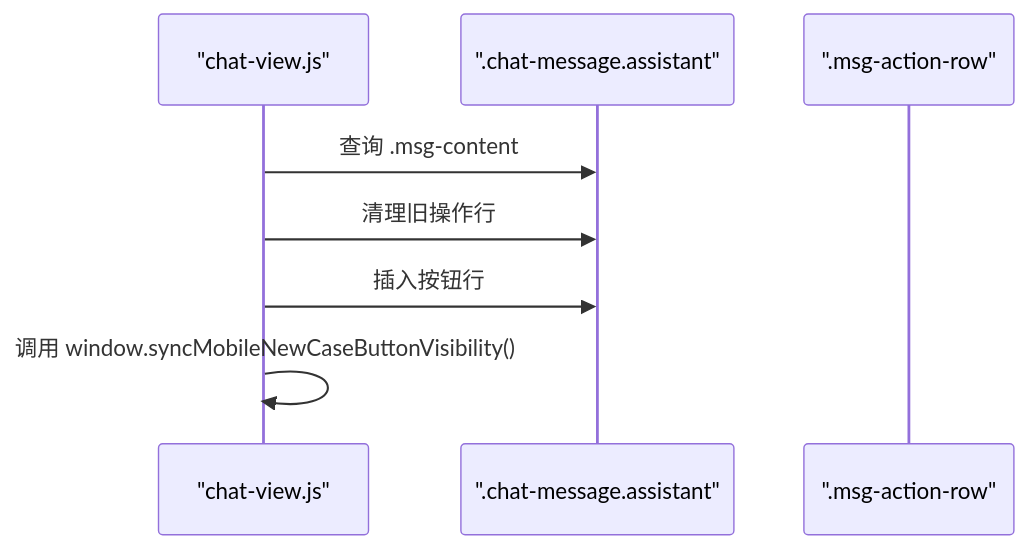
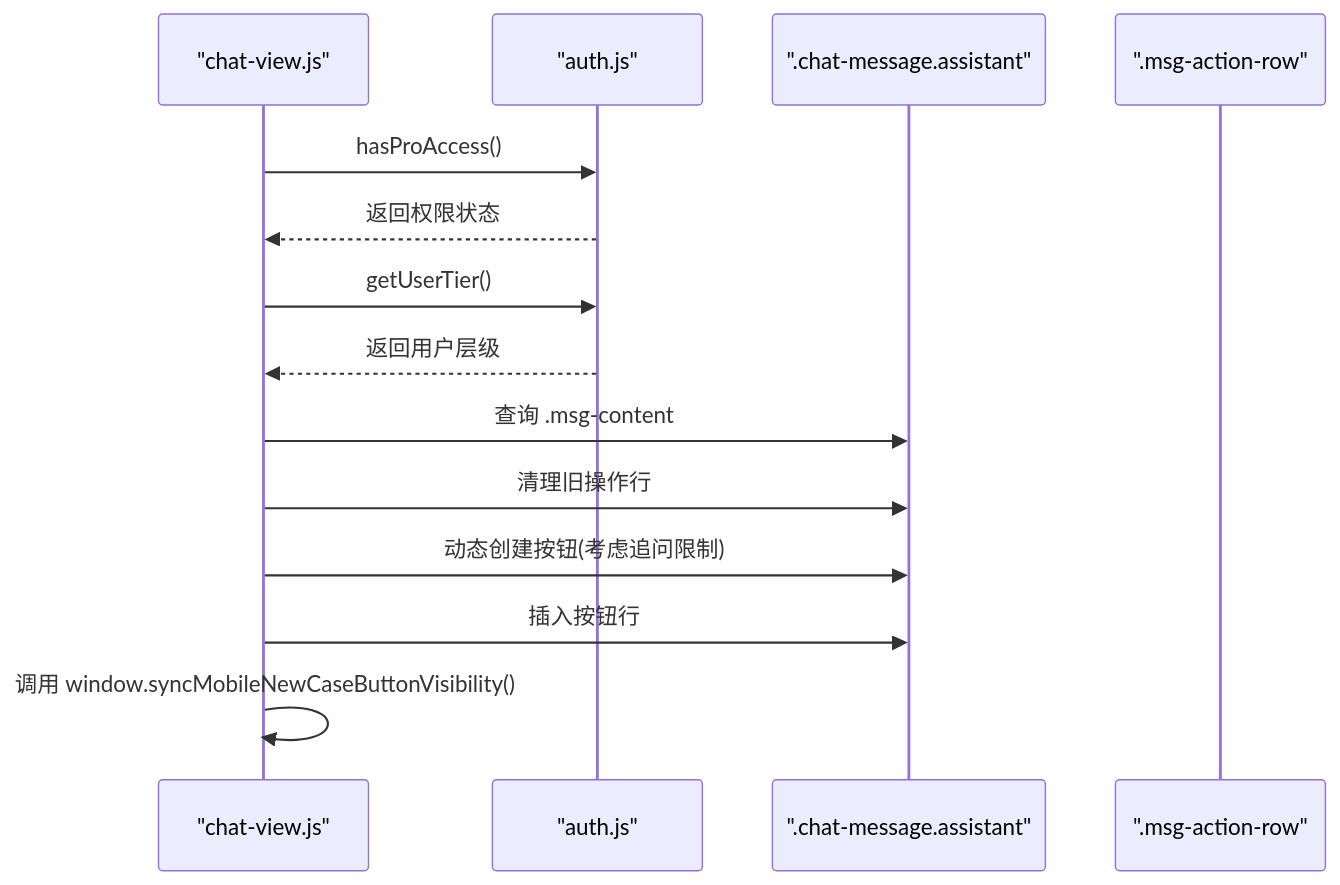
One commit to ghg618-ui/meihuayili-3.8 changed the ninth of 12 diagrams in .qoder/repowiki/zh/content/用户界面/聊天界面.md. Above: the diagram before and after it, drawn with Mermaid. The commit also changed other lines of this file and 6 other files, not shown here.

````diff
--- a/.qoder/repowiki/zh/content/用户界面/聊天界面.md
+++ b/.qoder/repowiki/zh/content/用户界面/聊天界面.md
@@ -211,10 +348,16 @@
 ```mermaid
 sequenceDiagram
 participant 视图 as "chat-view.js"
+participant 权限 as "auth.js"
 participant 助手消息 as ".chat-message.assistant"
 participant 按钮行 as ".msg-action-row"
+视图->>权限 : hasProAccess()
+权限-->>视图 : 返回权限状态
+视图->>权限 : getUserTier()
+权限-->>视图 : 返回用户层级
 视图->>助手消息 : 查询 .msg-content
 视图->>助手消息 : 清理旧操作行
+视图->>助手消息 : 动态创建按钮(考虑追问限制)
 视图->>助手消息 : 插入按钮行
 视图->>视图 : 调用 window.syncMobileNewCaseButtonVisibility()
 ```
````
